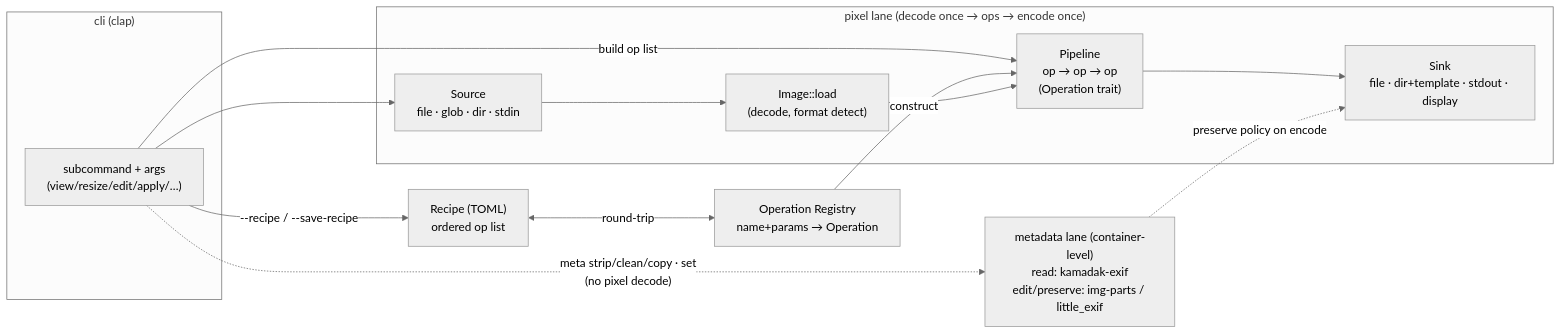
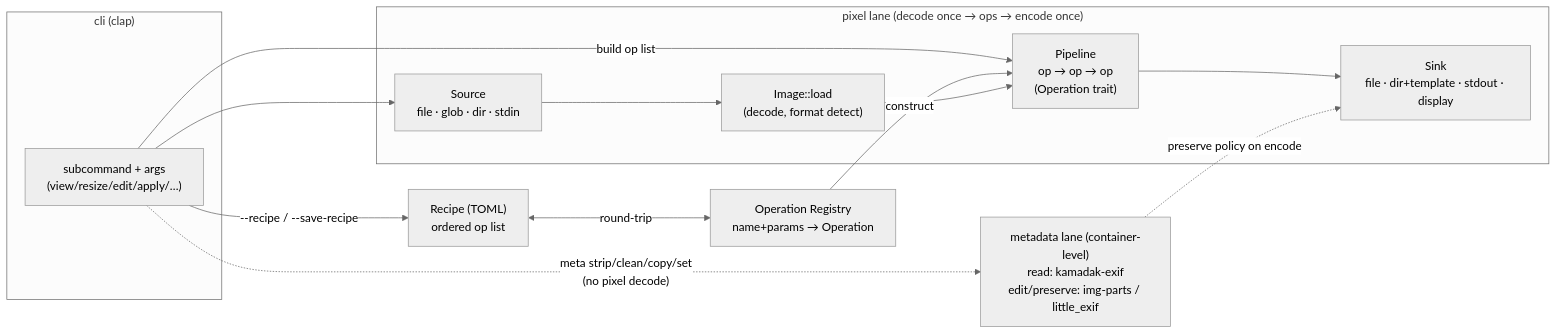
The diagram in docs/architecture.md (jysf/crustyimg), drawn with Mermaid (neutral theme) before and after one commit. The commit also changed other lines of this file and 14 other files, not shown here.

First line of the commit message:
feat(cli): fold set into meta set (SPEC-089) (#93)

````diff
--- a/docs/architecture.md
+++ b/docs/architecture.md
@@ -97,27 +97,27 @@
 ```mermaid
 flowchart LR
     subgraph CLI["cli (clap)"]
         args["subcommand + args<br/>(view/resize/edit/apply/…)"]
     end
 
     recipe["Recipe (TOML)<br/>ordered op list"]
     registry["Operation Registry<br/>name+params → Operation"]
 
     subgraph Core["pixel lane (decode once → ops → encode once)"]
         src["Source<br/>file · glob · dir · stdin"]
         load["Image::load<br/>(decode, format detect)"]
         ops["Pipeline<br/>op → op → op<br/>(Operation trait)"]
         sink["Sink<br/>file · dir+template · stdout · display"]
     end
 
     meta["metadata lane (container-level)<br/>read: kamadak-exif<br/>edit/preserve: img-parts / little_exif"]
 
     args -->|build op list| ops
     args -->|"--recipe / --save-recipe"| recipe
     recipe <-->|round-trip| registry
     registry -->|construct| ops
     args --> src
     src --> load --> ops --> sink
-    args -. "meta strip/clean/copy · set<br/>(no pixel decode)" .-> meta
+    args -. "meta strip/clean/copy/set<br/>(no pixel decode)" .-> meta
     meta -. "preserve policy on encode" .-> sink
 ```
````
